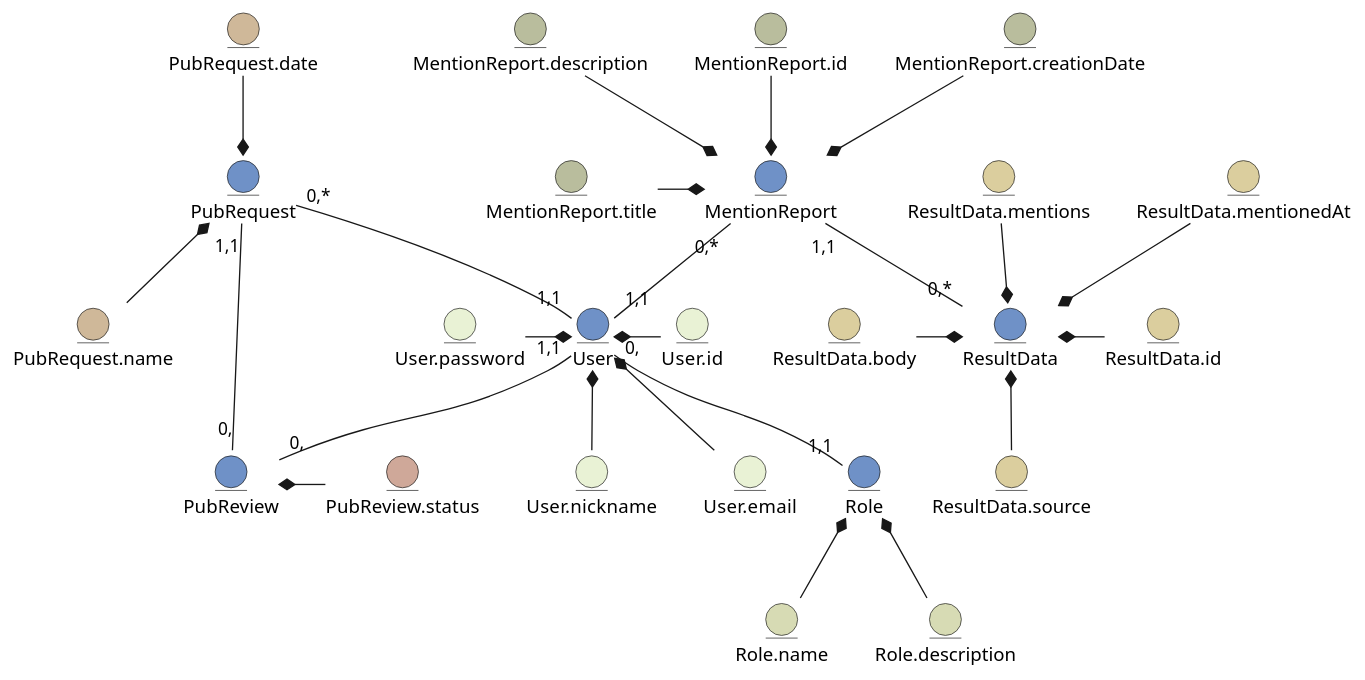
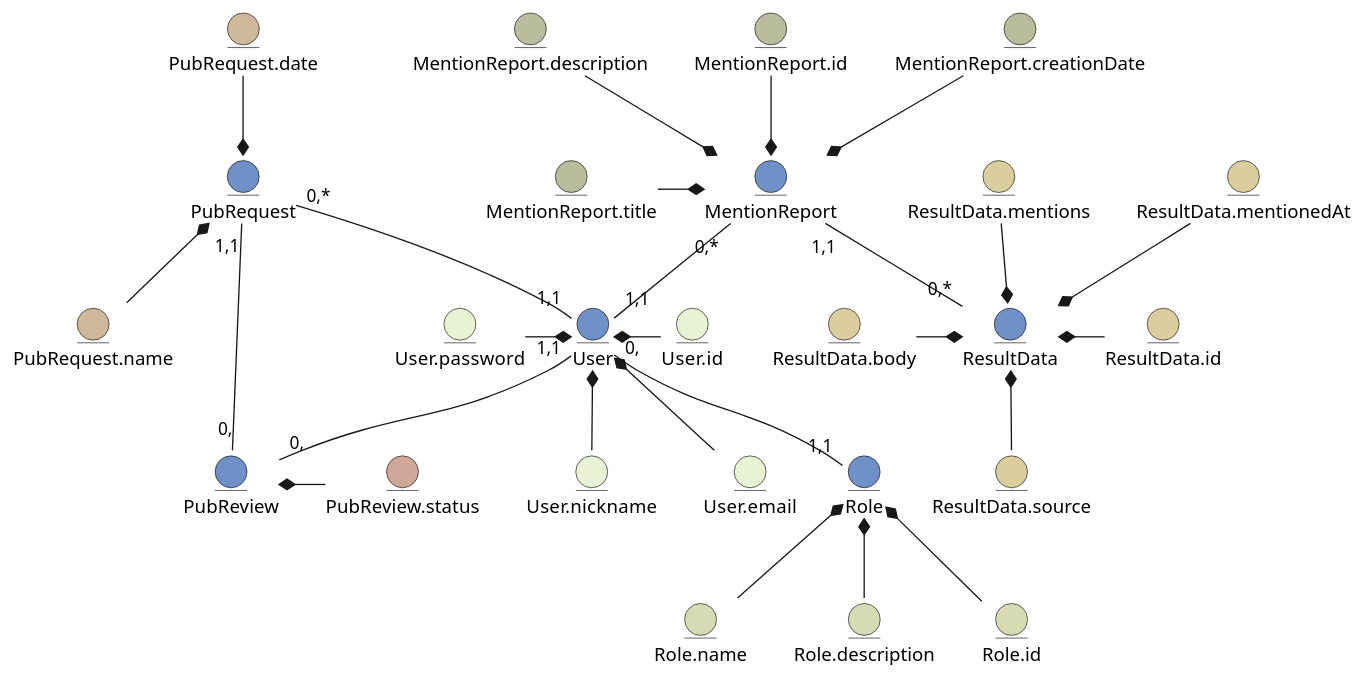
One commit to bifynok/Media-content-analysis-system_DB changed the first of 2 diagrams in docs/design/README.md. Above: the diagram before and after it, drawn with PlantUML.

```diff
--- a/docs/design/README.md
+++ b/docs/design/README.md
@@ -4,66 +4,68 @@
 @startuml
 
 entity User #6f91c7 
 entity User.id #e9f2d5 
 entity User.nickname #e9f2d5 
 entity User.email #e9f2d5 
 entity User.password #e9f2d5
 
 User *-r- User.id 
 User *-d- User.nickname 
 User *-d- User.email 
 User *-l- User.password
 
 entity Role #6f91c7 
 entity Role.name #d7dbb4 
 entity Role.description #d7dbb4
+entity Role.id #d7dbb4
 
 User "0,"--"1,1" Role
 
 Role *-d- Role.description 
-Role *-d- Role.name
+Role *-d- Role.name 
+Role *-d- Role.id
 
 entity MentionReport #6f91c7 
 entity MentionReport.id #b9bd9d 
 entity MentionReport.description #b9bd9d 
 entity MentionReport.creationDate #b9bd9d 
 entity MentionReport.title #b9bd9d
 
 User "1,1"-u-"0,*" MentionReport
 
 MentionReport *-u- MentionReport.id 
 MentionReport *-u- MentionReport.description 
 MentionReport *-u- MentionReport.creationDate 
 MentionReport *-l- MentionReport.title
 
 entity ResultData #6f91c7 
 entity ResultData.id #dbce9e 
 entity ResultData.mentions #dbce9e 
 entity ResultData.mentionedAt #dbce9e 
 entity ResultData.source #dbce9e 
 entity ResultData.body #dbce9e
 
 MentionReport "1,1"--"0,*" ResultData
 
 ResultData *-r- ResultData.id 
 ResultData *-u- ResultData.mentions 
 ResultData *-u- ResultData.mentionedAt 
 ResultData *-d- ResultData.source 
 ResultData *-l- ResultData.body
 
 entity PubRequest #6f91c7 
 entity PubRequest.date #cfb899 
 entity PubRequest.name #cfb899
 
 User "1,1"-u-"0,*" PubRequest 
 PubRequest *-u- PubRequest.date 
 PubRequest *-d- PubRequest.name
 
 entity PubReview #6f91c7 
 entity PubReview.status #cfa899
 
 User "1,1"--"0," PubReview 
 PubReview "0,"--"1,1" PubRequest 
 PubReview *-r- PubReview.status
 
 @enduml
```
